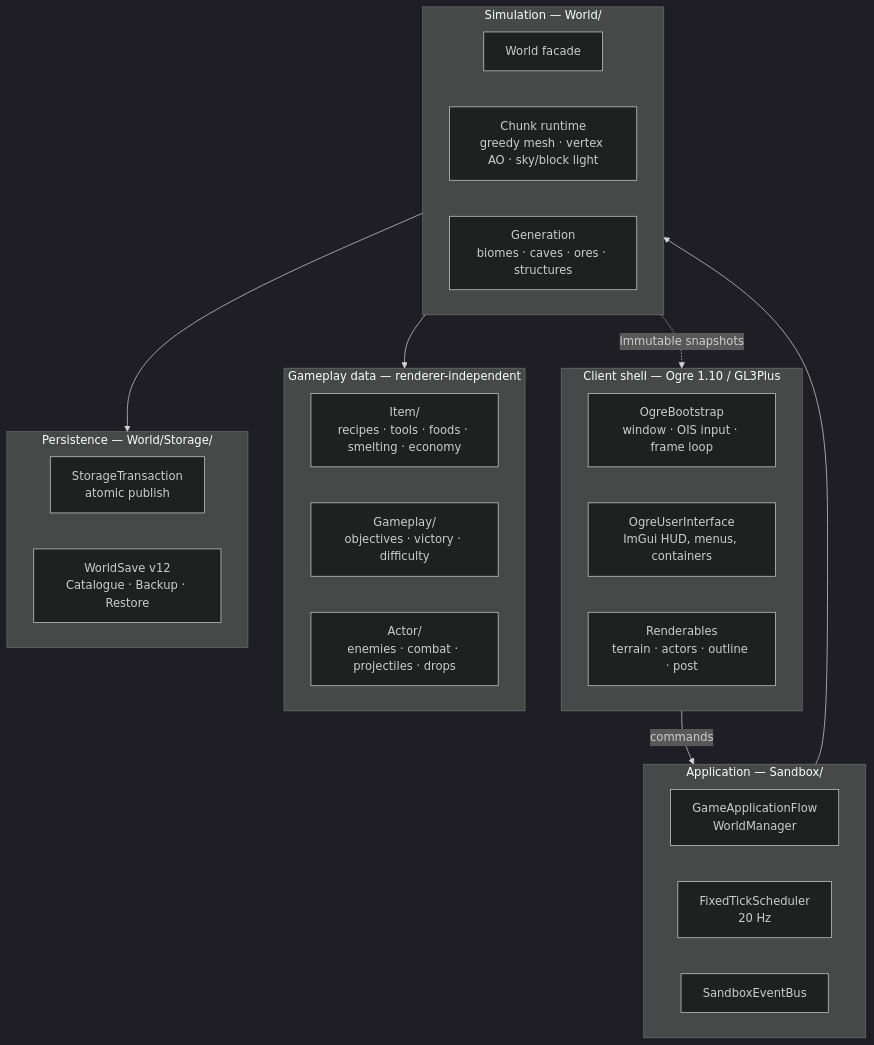
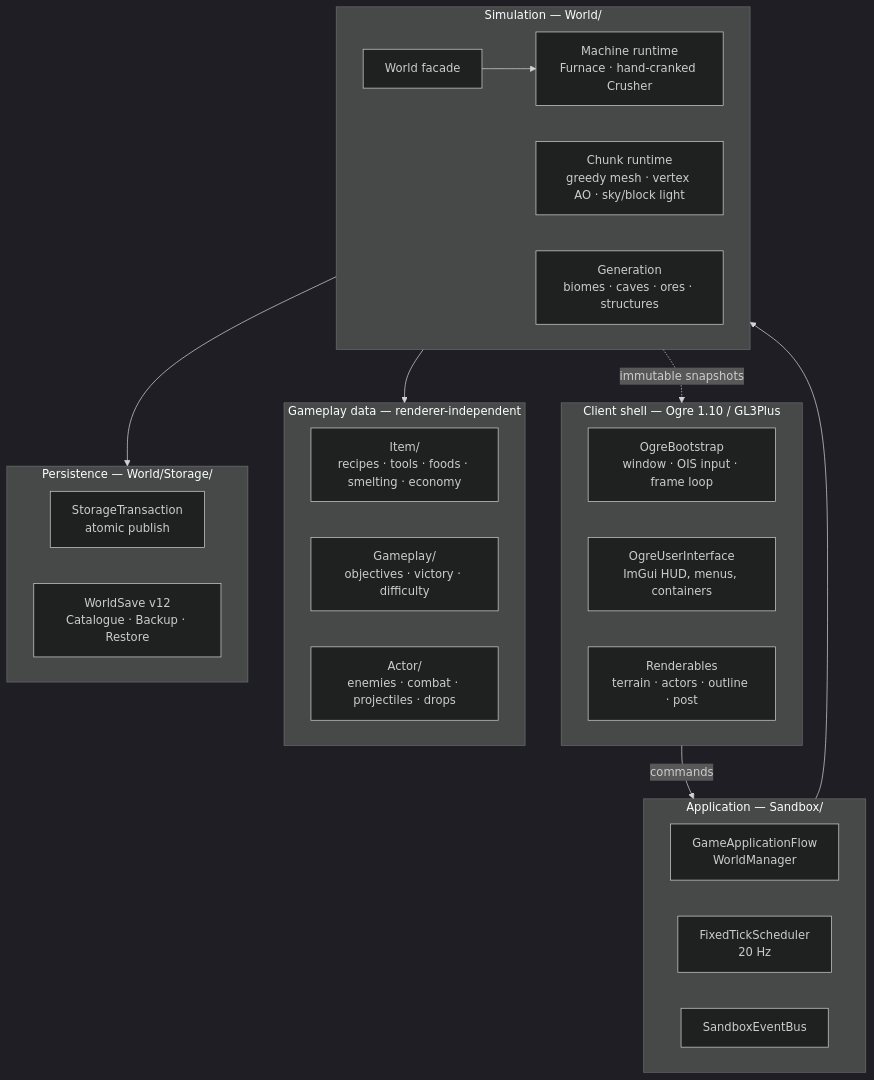
The first of 2 diagrams in README.md (LuckyLee07/HelloMine3D), drawn with Mermaid (dark theme) before and after one commit. The commit also changed other lines of this file and 43 other files, not shown here.

Commit message:
feat: 完成 C2 Machine Runtime v0

````diff
--- a/README.md
+++ b/README.md
@@ -72,42 +72,44 @@
 ```mermaid
 flowchart TB
     subgraph shell["Client shell — Ogre 1.10 / GL3Plus"]
         direction LR
         boot["OgreBootstrap<br/>window · OIS input · frame loop"]
         ui["OgreUserInterface<br/>ImGui HUD, menus, containers"]
         rend["Renderables<br/>terrain · actors · outline · post"]
     end
 
     subgraph app["Application — Sandbox/"]
         direction LR
         flow["GameApplicationFlow<br/>WorldManager"]
         tick["FixedTickScheduler<br/>20 Hz"]
         bus["SandboxEventBus"]
     end
 
     subgraph sim["Simulation — World/"]
         direction LR
         world["World facade"]
         chunks["Chunk runtime<br/>greedy mesh · vertex AO · sky/block light"]
+        machines["Machine runtime<br/>Furnace · hand-cranked Crusher"]
         gen["Generation<br/>biomes · caves · ores · structures"]
     end
 
     subgraph rules["Gameplay data — renderer-independent"]
         direction LR
         item["Item/<br/>recipes · tools · foods · smelting · economy"]
         gameplay["Gameplay/<br/>objectives · victory · difficulty"]
         actor["Actor/<br/>enemies · combat · projectiles · drops"]
     end
 
     subgraph store["Persistence — World/Storage/"]
         direction LR
         tx["StorageTransaction<br/>atomic publish"]
         save["WorldSave v12<br/>Catalogue · Backup · Restore"]
     end
 
     shell -->|commands| app
     app --> sim
+    world --> machines
     sim --> rules
     sim --> store
     sim -.->|immutable snapshots| shell
 ```
````
